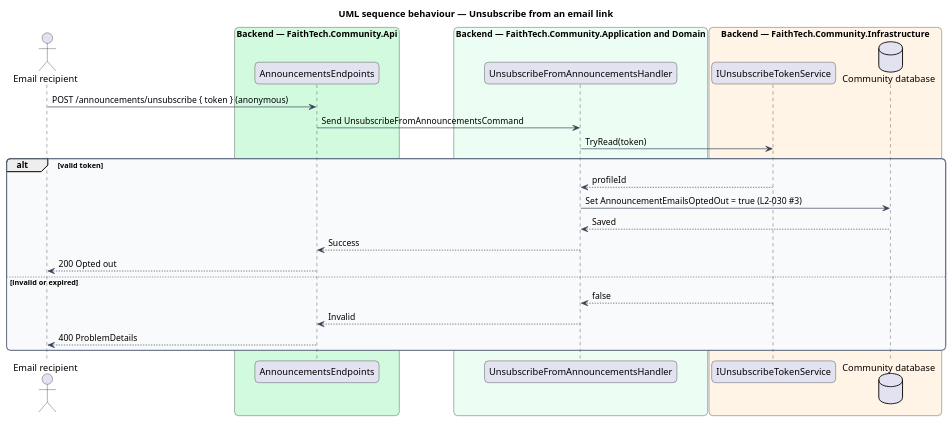
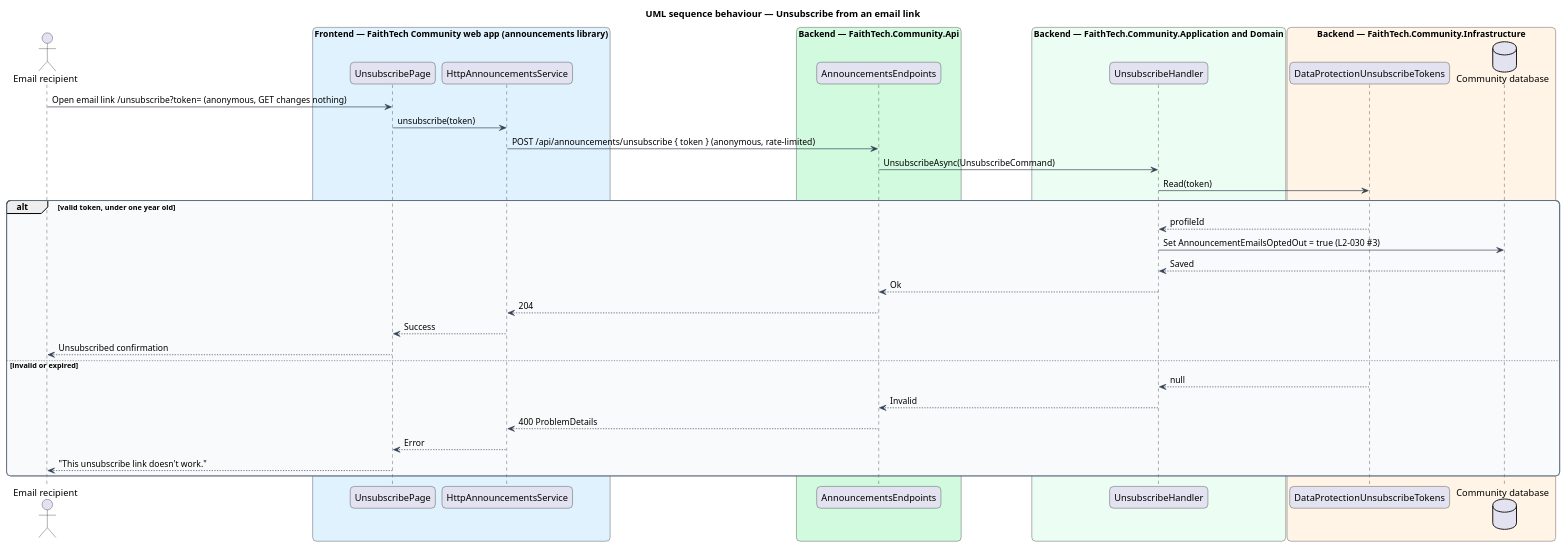
The diagram in docs/detailed-designs/announcements/read-announcements-and-opt-out/diagrams/sequence-unsubscribe-link.puml (QuinntyneBrown/faithtech-community), drawn with PlantUML before and after one commit. The commit also changed 33 other files, not shown here.

First line of the commit message:
Redraw the notification, announcement and search diagrams to match the code

```diff
--- a/docs/detailed-designs/announcements/read-announcements-and-opt-out/diagrams/sequence-unsubscribe-link.puml
+++ b/docs/detailed-designs/announcements/read-announcements-and-opt-out/diagrams/sequence-unsubscribe-link.puml
@@ -1,42 +1,52 @@
 @startuml
 title UML sequence behaviour — Unsubscribe from an email link
 skinparam backgroundColor #FFFFFF
 skinparam shadowing false
 skinparam roundcorner 12
 skinparam defaultFontName Arial
 skinparam ArrowColor #344054
 skinparam rectangle {
   BorderColor #344054
   FontColor #101828
 }
 skinparam package {
   BorderColor #667085
   FontColor #101828
   BackgroundColor #F9FAFB
 }
 actor "Email recipient" as actor
+box "Frontend — FaithTech Community web app (announcements library)" #E0F2FE
+  participant "UnsubscribePage" as page
+  participant "HttpAnnouncementsService" as client
+end box
 box "Backend — FaithTech.Community.Api" #D1FADF
   participant "AnnouncementsEndpoints" as ep
 end box
 box "Backend — FaithTech.Community.Application and Domain" #ECFDF3
-  participant "UnsubscribeFromAnnouncementsHandler" as h
+  participant "UnsubscribeHandler" as h
 end box
 box "Backend — FaithTech.Community.Infrastructure" #FFF4E5
-  participant "IUnsubscribeTokenService" as tok
+  participant "DataProtectionUnsubscribeTokens" as tok
   database "Community database" as db
 end box
-actor -> ep : POST /announcements/unsubscribe { token } (anonymous)
-ep -> h : Send UnsubscribeFromAnnouncementsCommand
-h -> tok : TryRead(token)
-alt valid token
+actor -> page : Open email link /unsubscribe?token= (anonymous, GET changes nothing)
+page -> client : unsubscribe(token)
+client -> ep : POST /api/announcements/unsubscribe { token } (anonymous, rate-limited)
+ep -> h : UnsubscribeAsync(UnsubscribeCommand)
+h -> tok : Read(token)
+alt valid token, under one year old
   tok --> h : profileId
   h -> db : Set AnnouncementEmailsOptedOut = true (L2-030 #3)
   db --> h : Saved
-  h --> ep : Success
-  ep --> actor : 200 Opted out
+  h --> ep : Ok
+  ep --> client : 204
+  client --> page : Success
+  page --> actor : Unsubscribed confirmation
 else invalid or expired
-  tok --> h : false
+  tok --> h : null
   h --> ep : Invalid
-  ep --> actor : 400 ProblemDetails
+  ep --> client : 400 ProblemDetails
+  client --> page : Error
+  page --> actor : "This unsubscribe link doesn't work."
 end
 @enduml
```
